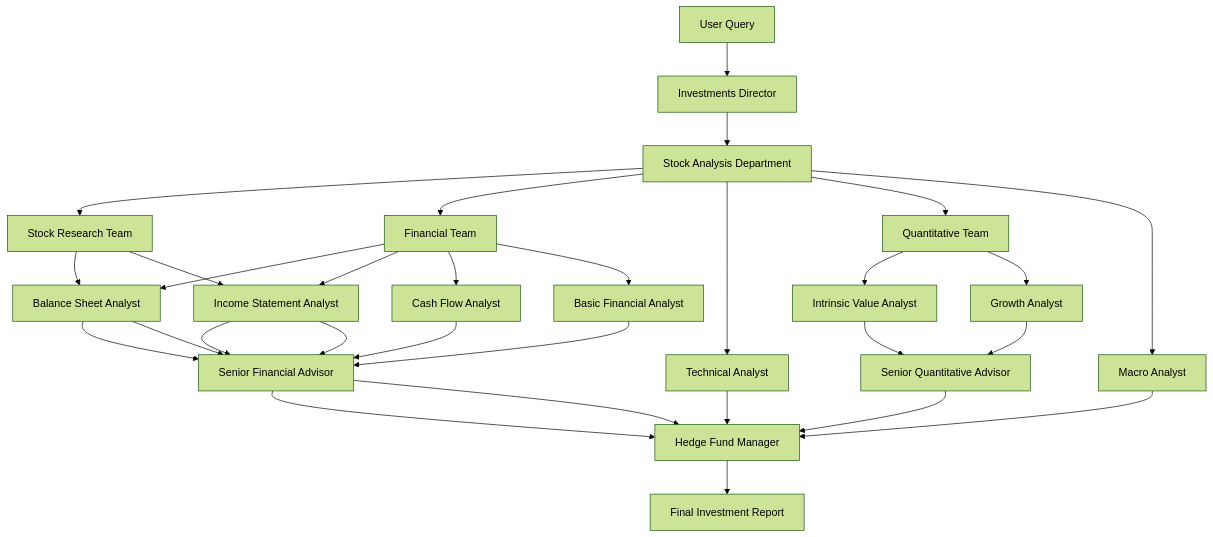
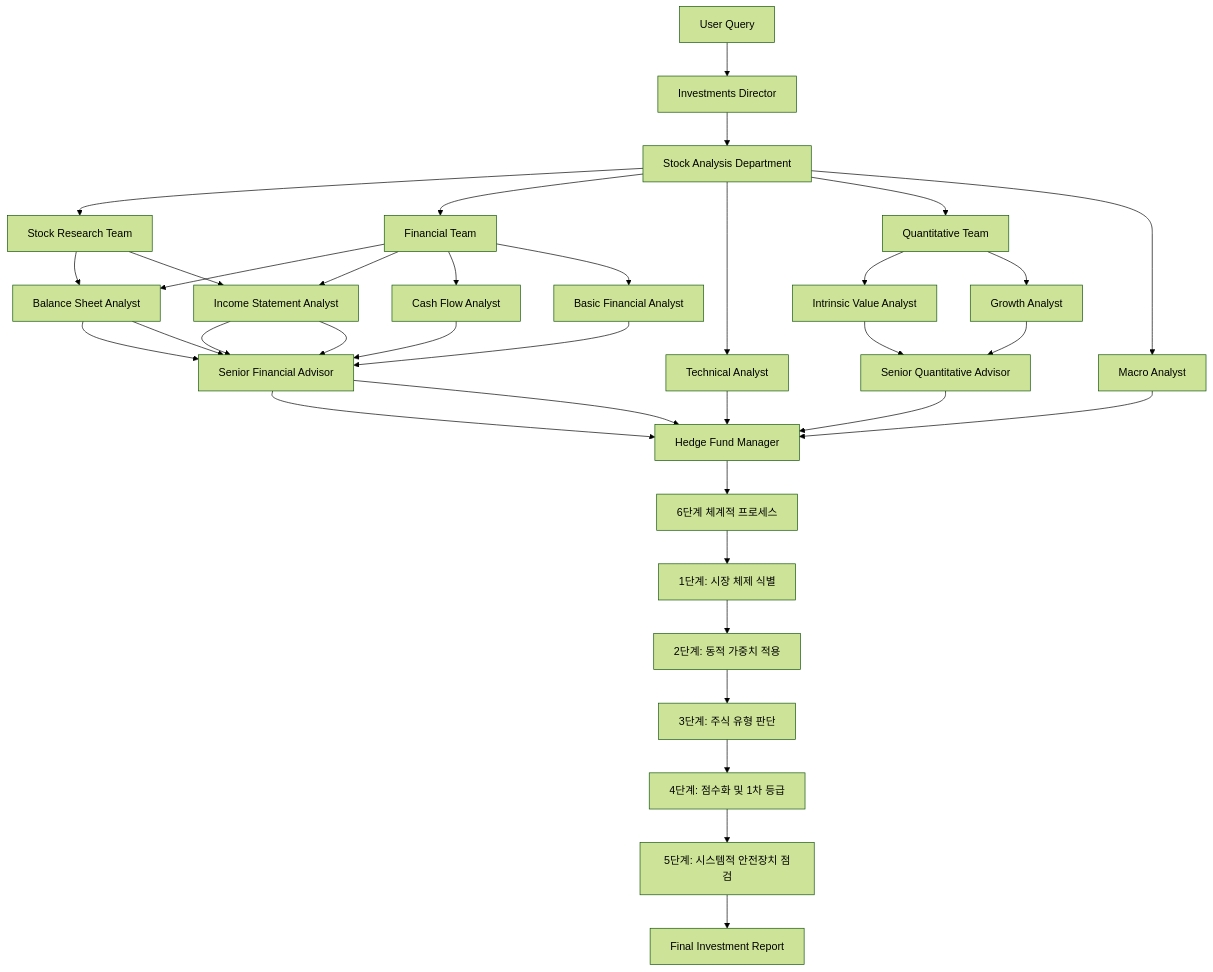
One commit to iam1492/stock-analysis-agent changed the diagram in .kilocode/rules/memory-bank/architecture.md. Above: the diagram before and after it, drawn with Mermaid (forest theme). The commit also changed 3 other files, not shown here.

````diff
--- a/.kilocode/rules/memory-bank/architecture.md
+++ b/.kilocode/rules/memory-bank/architecture.md
@@ -134,28 +134,35 @@
 ```mermaid
 graph TD
     A[User Query] --> B[Investments Director]
     B --> C[Stock Analysis Department]
 
     C --> D1[Stock Research Team]
     C --> D2[Financial Team]
     C --> D3[Technical Analyst]
     C --> D4[Quantitative Team]
     C --> D5[Macro Analyst]
 
     D1 --> E1[Web Researcher]
     D1 --> E2[Analyst Opinion Analyst]
     E1 & E2 --> F1[Senior Research Advisor]
 
     D2 --> E1[Balance Sheet Analyst]
     D2 --> E2[Income Statement Analyst]
     D2 --> E3[Cash Flow Analyst]
     D2 --> E4[Basic Financial Analyst]
     E1 & E2 & E3 & E4 --> F1[Senior Financial Advisor]
 
     D4 --> G1[Intrinsic Value Analyst]
     D4 --> G2[Growth Analyst]
     G1 & G2 --> F2[Senior Quantitative Advisor]
 
     F1 & F1 & D3 & F2 & D5 --> H[Hedge Fund Manager]
-    H --> I[Final Investment Report]
+
+    H --> H1[6단계 체계적 프로세스]
+    H1 --> H2[1단계: 시장 체제 식별]
+    H2 --> H3[2단계: 동적 가중치 적용]
+    H3 --> H4[3단계: 주식 유형 판단]
+    H4 --> H5[4단계: 점수화 및 1차 등급]
+    H5 --> H6[5단계: 시스템적 안전장치 점검]
+    H6 --> I[Final Investment Report]
 ```
````
